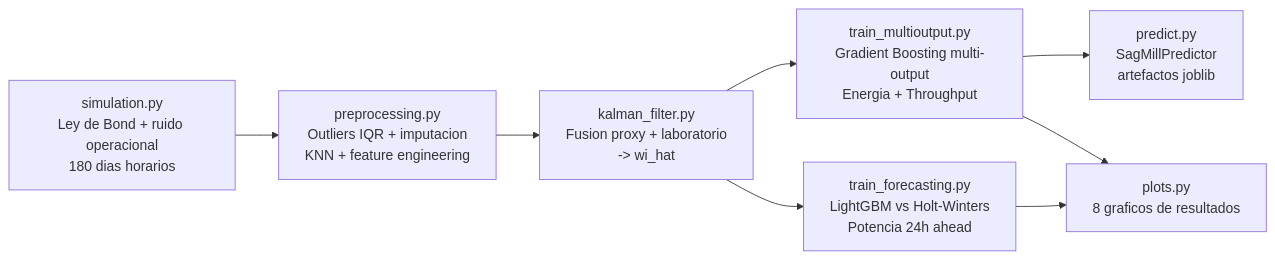
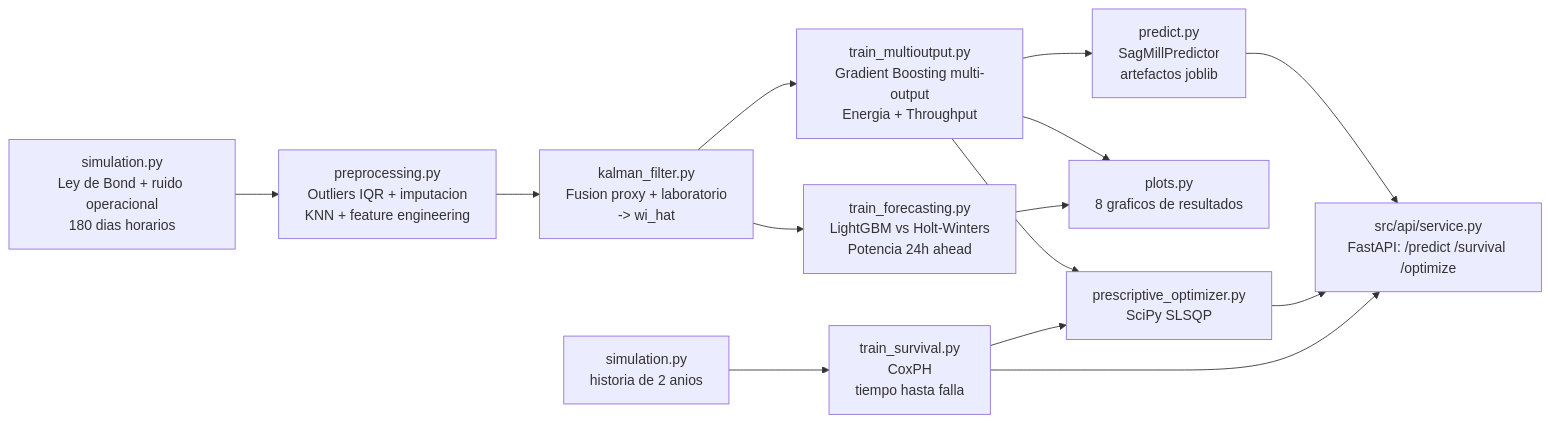
The diagram in README.es.md (Rxyxs/chile-mining-sag-energy-digital-twin), drawn with Mermaid before and after one commit. The commit also changed other lines of this file and 10 other files, not shown here.

Commit message:
feat: CoxPH survival analysis and prescriptive setpoint optimizer

````diff
--- a/README.es.md
+++ b/README.es.md
@@ -141,10 +201,16 @@
 ```mermaid
 flowchart LR
     A["simulation.py<br/>Ley de Bond + ruido operacional<br/>180 dias horarios"] --> B["preprocessing.py<br/>Outliers IQR + imputacion<br/>KNN + feature engineering"]
     B --> C["kalman_filter.py<br/>Fusion proxy + laboratorio<br/>-> wi_hat"]
     C --> D["train_multioutput.py<br/>Gradient Boosting multi-output<br/>Energia + Throughput"]
     C --> E["train_forecasting.py<br/>LightGBM vs Holt-Winters<br/>Potencia 24h ahead"]
+    A2["simulation.py<br/>historia de 2 anios"] --> S["train_survival.py<br/>CoxPH<br/>tiempo hasta falla"]
     D --> F["predict.py<br/>SagMillPredictor<br/>artefactos joblib"]
     D --> G["plots.py<br/>8 graficos de resultados"]
     E --> G
+    D --> O["prescriptive_optimizer.py<br/>SciPy SLSQP"]
+    S --> O
+    F --> API["src/api/service.py<br/>FastAPI: /predict /survival /optimize"]
+    O --> API
+    S --> API
 ```
````
